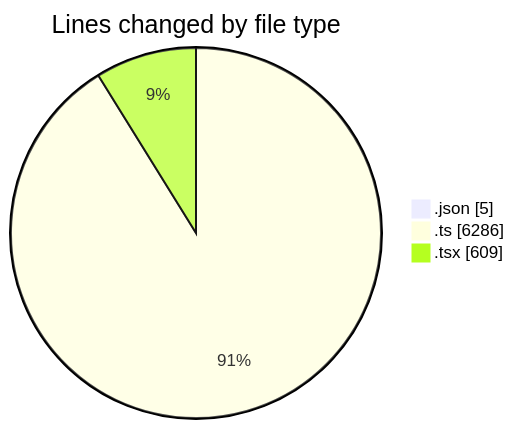
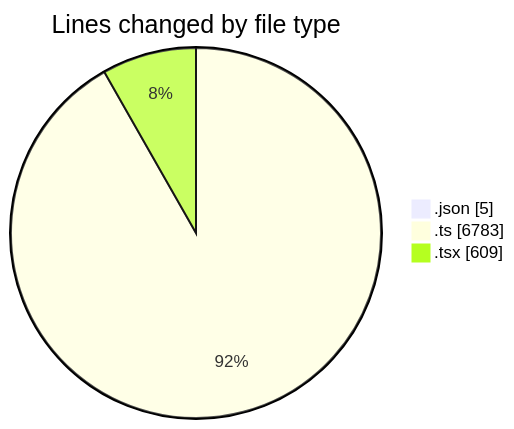
One commit to CELIANVF/code-tracking changed the first of 2 diagrams in 2025-05-09/ecodeli/README.md. Above: the diagram before and after it, drawn with Mermaid. The commit also changed other lines of this file and 1 other file, not shown here.

````diff
--- a/2025-05-09/ecodeli/README.md
+++ b/2025-05-09/ecodeli/README.md
@@ -26,7 +29,7 @@
 ```mermaid
 pie showData
 title Lines changed by file type
 ".json" : 5
-".ts" : 6286
+".ts" : 6783
 ".tsx" : 609
 ```
````
